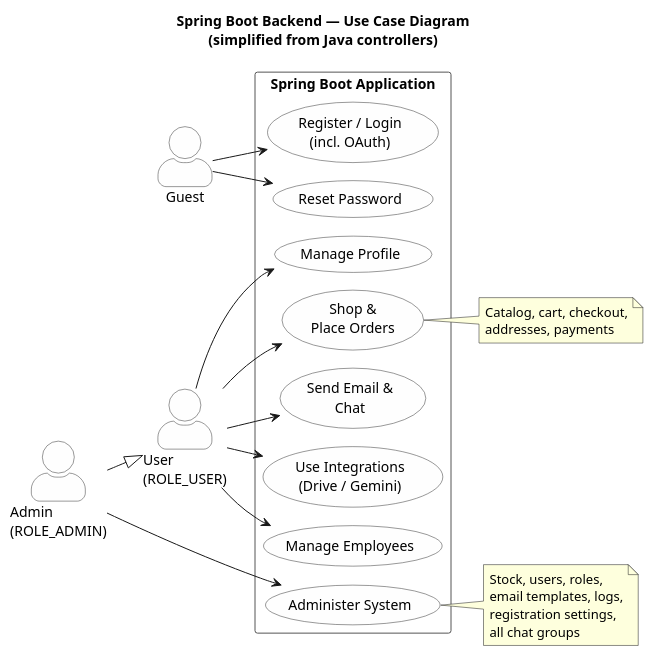
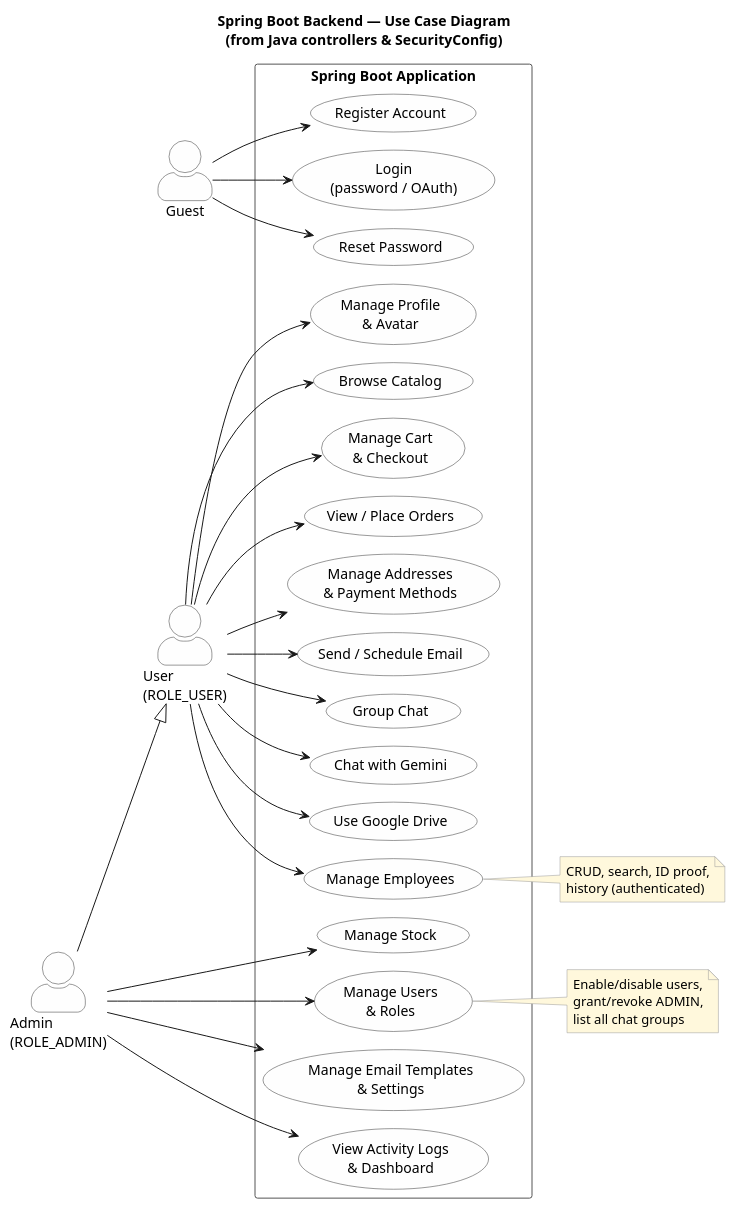
The diagram in uml/useCaseDiagram.puml (Leospace001/AY2526-FYP-B05), drawn with PlantUML before and after one commit. The commit also changed 2 other files, not shown here.

Commit message:
Balance use-case diagram consolidation
Keep distinct domain goals visible while merging related endpoints
(auth variants, cart/checkout, addresses/payments, admin user ops).

```diff
--- a/uml/useCaseDiagram.puml
+++ b/uml/useCaseDiagram.puml
@@ -1,66 +1,89 @@
 @startuml
 !pragma layout smetana
-title Spring Boot Backend — Use Case Diagram\n(simplified from Java controllers)
+title Spring Boot Backend — Use Case Diagram\n(from Java controllers & SecurityConfig)
 
 skinparam shadowing false
 skinparam packageStyle rectangle
 skinparam actorStyle awesome
 skinparam defaultFontName SansSerif
 skinparam usecase {
   BackgroundColor #FEFEFE
   BorderColor #333333
 }
 skinparam actor {
   BackgroundColor #FEFEFE
   BorderColor #333333
 }
 skinparam rectangle {
   BackgroundColor #FFFFFF
   BorderColor #555555
 }
+skinparam note {
+  BackgroundColor #FFF8DC
+  BorderColor #999999
+}
 
 left to right direction
 
 actor "Guest" as Guest
 actor "User\n(ROLE_USER)" as User
 actor "Admin\n(ROLE_ADMIN)" as Admin
 
 Admin --|> User
 
 rectangle "Spring Boot Application" {
-  usecase "Register / Login\n(incl. OAuth)" as UC_Auth
+  usecase "Register Account" as UC_Register
+  usecase "Login\n(password / OAuth)" as UC_Login
   usecase "Reset Password" as UC_Password
 
-  usecase "Manage Profile" as UC_Profile
-  usecase "Shop &\nPlace Orders" as UC_Shop
-  usecase "Send Email &\nChat" as UC_Comm
-  usecase "Use Integrations\n(Drive / Gemini)" as UC_Integrations
+  usecase "Manage Profile\n& Avatar" as UC_Profile
+  usecase "Browse Catalog" as UC_Catalog
+  usecase "Manage Cart\n& Checkout" as UC_Cart
+  usecase "View / Place Orders" as UC_Orders
+  usecase "Manage Addresses\n& Payment Methods" as UC_CheckoutData
+
+  usecase "Send / Schedule Email" as UC_Email
+  usecase "Group Chat" as UC_Chat
+  usecase "Chat with Gemini" as UC_Gemini
+  usecase "Use Google Drive" as UC_Drive
+
   usecase "Manage Employees" as UC_Employees
 
-  usecase "Administer System" as UC_Admin
+  usecase "Manage Stock" as UC_Stock
+  usecase "Manage Users\n& Roles" as UC_Users
+  usecase "Manage Email Templates\n& Settings" as UC_Templates
+  usecase "View Activity Logs\n& Dashboard" as UC_Logs
 }
 
-Guest --> UC_Auth
+Guest --> UC_Register
+Guest --> UC_Login
 Guest --> UC_Password
 
 User --> UC_Profile
-User --> UC_Shop
-User --> UC_Comm
-User --> UC_Integrations
+User --> UC_Catalog
+User --> UC_Cart
+User --> UC_Orders
+User --> UC_CheckoutData
+User --> UC_Email
+User --> UC_Chat
+User --> UC_Gemini
+User --> UC_Drive
 User --> UC_Employees
 
-Admin --> UC_Admin
+Admin --> UC_Stock
+Admin --> UC_Users
+Admin --> UC_Templates
+Admin --> UC_Logs
 
-note right of UC_Admin
-  Stock, users, roles,
-  email templates, logs,
-  registration settings,
-  all chat groups
+note right of UC_Employees
+  CRUD, search, ID proof,
+  history (authenticated)
 end note
 
-note right of UC_Shop
-  Catalog, cart, checkout,
-  addresses, payments
+note right of UC_Users
+  Enable/disable users,
+  grant/revoke ADMIN,
+  list all chat groups
 end note
 
 @enduml
```
